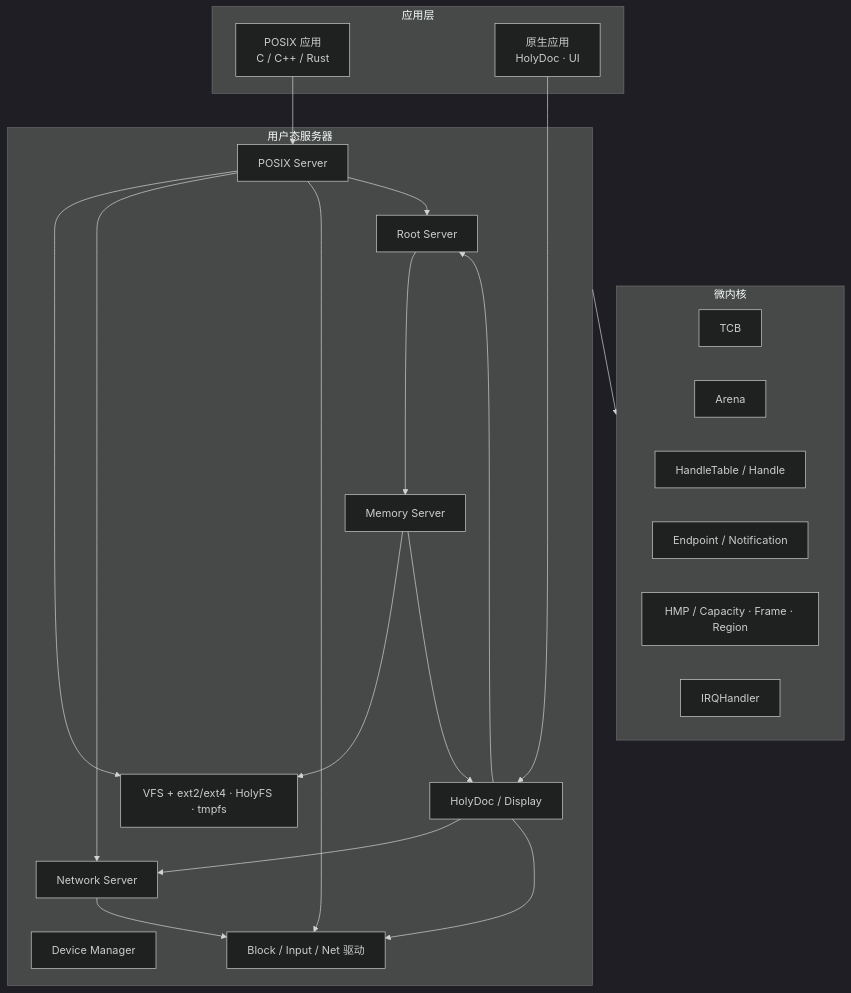
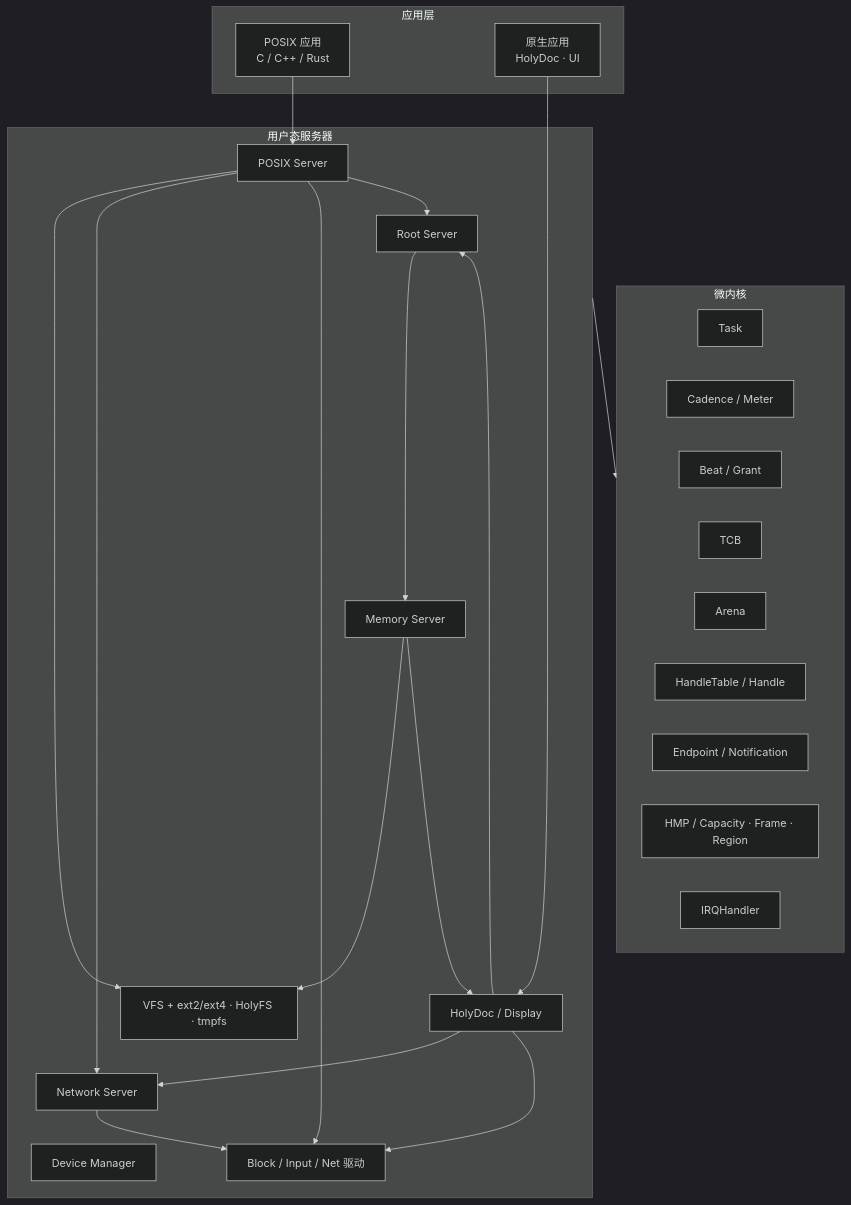
Before and after one commit to hongweifei/HolyKernel: the first of 5 diagrams in docs/architecture.md, drawn with Mermaid (dark theme). The commit also changed other lines of this file and 30 other files, not shown here.

````diff
--- a/docs/architecture.md
+++ b/docs/architecture.md
@@ -13,39 +13,42 @@
 ```mermaid
 flowchart TB
     subgraph Apps["应用层"]
         PosixApps["POSIX 应用<br/>C / C++ / Rust"]
         NativeApps["原生应用<br/>HolyDoc · UI"]
     end
     subgraph Servers["用户态服务器"]
         Root["Root Server"]
         Mem["Memory Server"]
         Device["Device Manager"]
         Drivers["Block / Input / Net 驱动"]
         FS["VFS + ext2/ext4 · HolyFS · tmpfs"]
         POSIX["POSIX Server"]
         Net["Network Server"]
         Native["HolyDoc / Display"]
     end
     subgraph Kernel["微内核"]
+        Task["Task"]
+        Cadence["Cadence / Meter"]
+        Beat["Beat / Grant"]
         TCB["TCB"]
         Arena["Arena"]
         HandleTable["HandleTable / Handle"]
         IPC["Endpoint / Notification"]
         Memory["HMP / Capacity · Frame · Region"]
         IRQ["IRQHandler"]
     end
     PosixApps --> POSIX
     NativeApps --> Native
     Root --> Mem
     Mem --> FS
     Mem --> Native
     POSIX --> FS
     POSIX --> Net
     POSIX --> Drivers
     POSIX --> Root
     Native --> Net
     Native --> Drivers
     Native --> Root
     Net --> Drivers
     Servers --> Kernel
 ```
````
